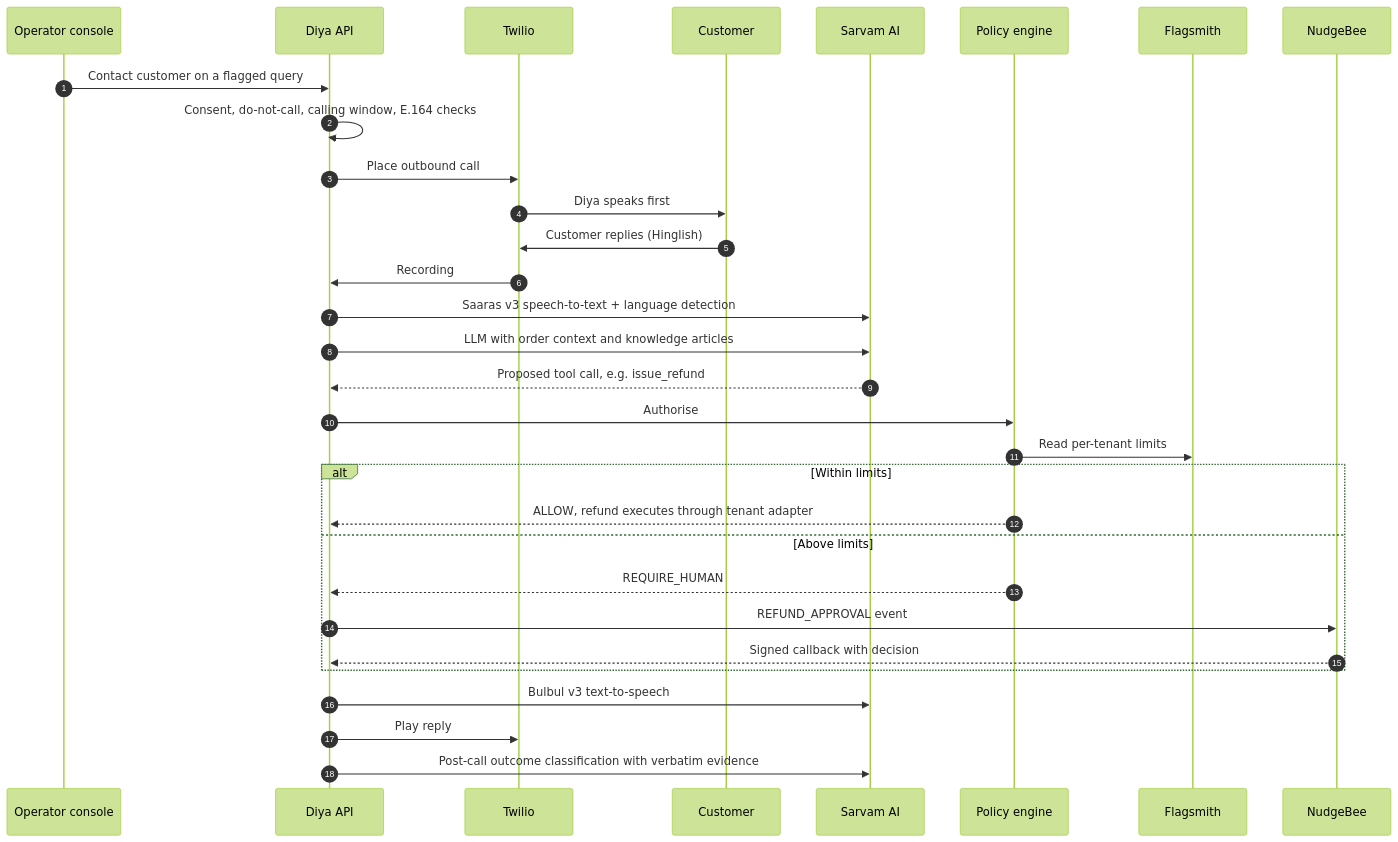
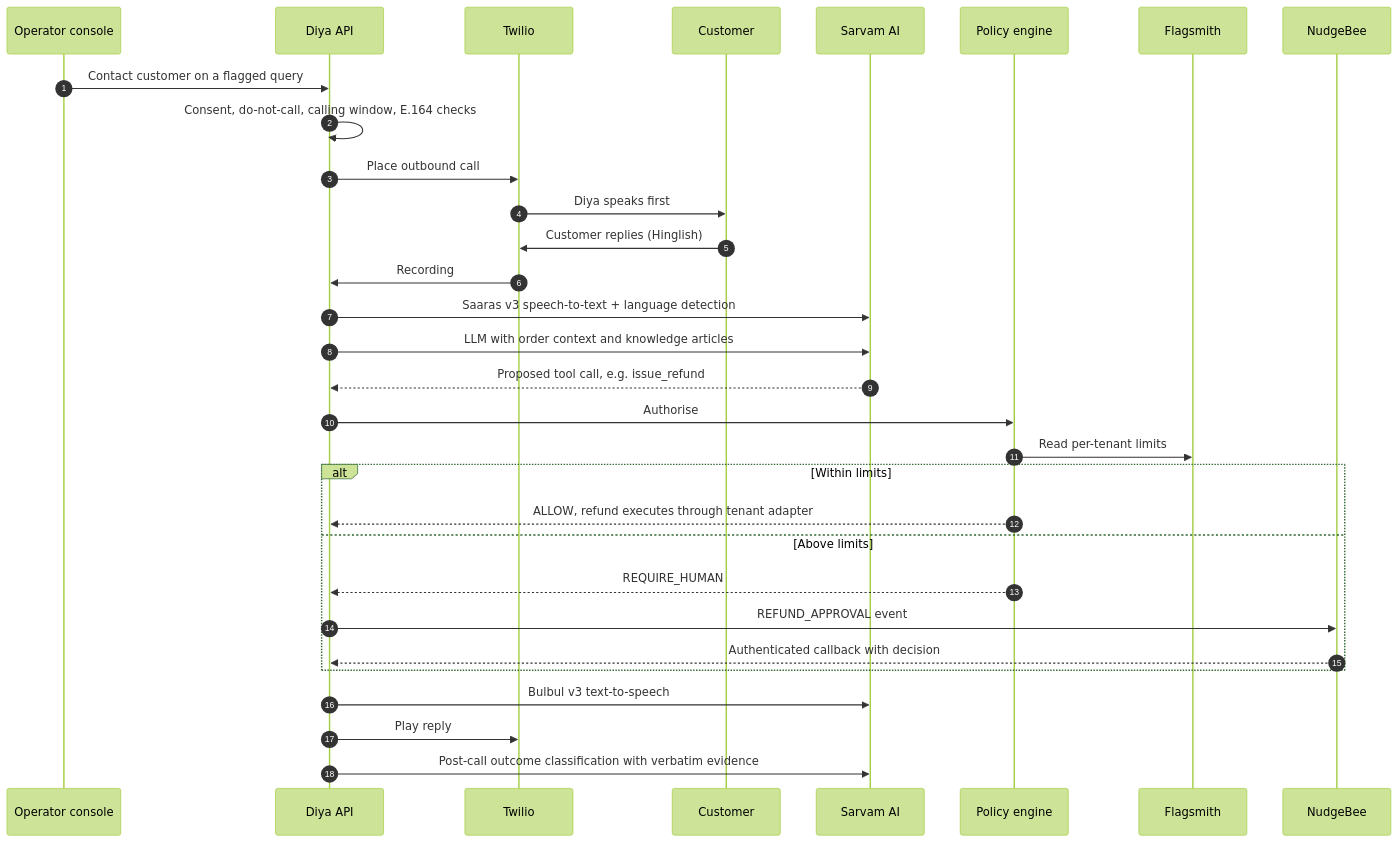
The first of 2 diagrams in README.md (avezqureshi15/tech-phantoms), drawn with Mermaid (forest theme) before and after one commit. The commit also changed other lines of this file, not shown here.

````diff
--- a/README.md
+++ b/README.md
@@ -56,34 +117,34 @@
 ```mermaid
 sequenceDiagram
     autonumber
     participant Op as Operator console
     participant API as Diya API
     participant Tw as Twilio
     participant C as Customer
     participant S as Sarvam AI
     participant P as Policy engine
     participant F as Flagsmith
     participant N as NudgeBee
 
     Op->>API: Contact customer on a flagged query
     API->>API: Consent, do-not-call, calling window, E.164 checks
     API->>Tw: Place outbound call
     Tw->>C: Diya speaks first
     C->>Tw: Customer replies (Hinglish)
     Tw->>API: Recording
     API->>S: Saaras v3 speech-to-text + language detection
     API->>S: LLM with order context and knowledge articles
     S-->>API: Proposed tool call, e.g. issue_refund
     API->>P: Authorise
     P->>F: Read per-tenant limits
     alt Within limits
         P-->>API: ALLOW, refund executes through tenant adapter
     else Above limits
         P-->>API: REQUIRE_HUMAN
         API->>N: REFUND_APPROVAL event
-        N-->>API: Signed callback with decision
+        N-->>API: Authenticated callback with decision
     end
     API->>S: Bulbul v3 text-to-speech
     API->>Tw: Play reply
     API->>S: Post-call outcome classification with verbatim evidence
 ```
````
